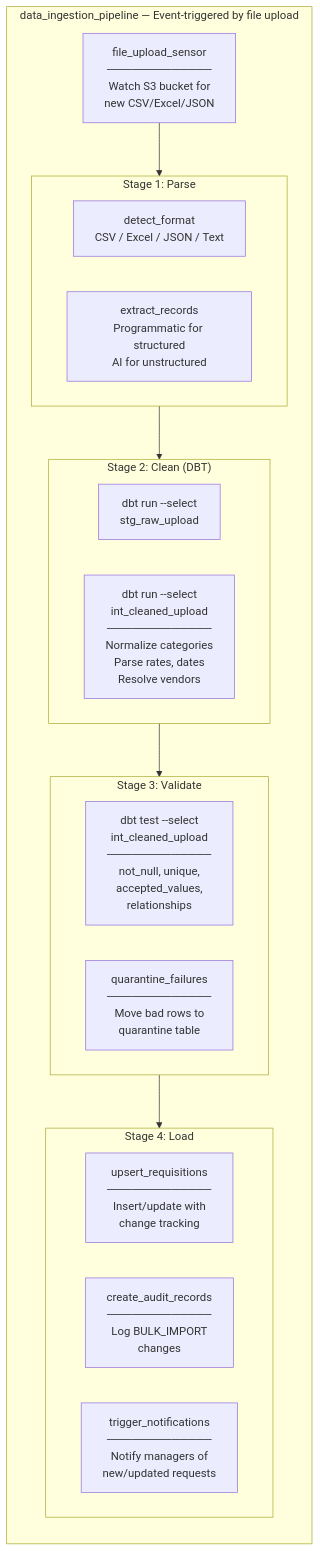
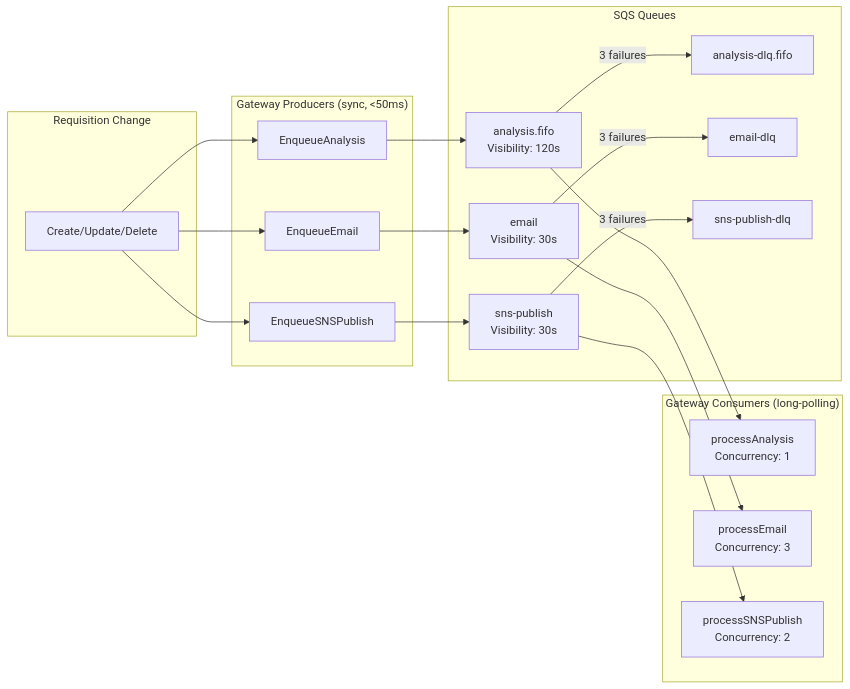
One commit to shankasf/notification_automation changed the second of 4 diagrams in README.md. Above: the diagram before and after it, drawn with Mermaid. The commit also changed other lines of this file and 53 other files, not shown here.

First line of the commit message:
feat: Add AWS SQS, CloudWatch, auth, data compliance, and guardrails

````diff
--- a/README.md
+++ b/README.md
@@ -461,31 +427,38 @@
 ```mermaid
-flowchart TB
-    subgraph DAG["data_ingestion_pipeline — Event-triggered by file upload"]
-        direction TB
+flowchart LR
+    subgraph Trigger["Requisition Change"]
+        CREATE[Create/Update/Delete]
+    end
 
-        UPLOAD["file_upload_sensor<br/>─────────────<br/>Watch S3 bucket for<br/>new CSV/Excel/JSON"]
+    subgraph Producers["Gateway Producers (sync, <50ms)"]
+        EA[EnqueueAnalysis]
+        EE[EnqueueEmail]
+        ES[EnqueueSNSPublish]
+    end
 
-        subgraph Parse["Stage 1: Parse"]
-            P1["detect_format<br/>CSV / Excel / JSON / Text"]
-            P2["extract_records<br/>Programmatic for structured<br/>AI for unstructured"]
-        end
+    subgraph Queues["SQS Queues"]
+        Q1["analysis.fifo<br/>Visibility: 120s"]
+        Q2["email<br/>Visibility: 30s"]
+        Q3["sns-publish<br/>Visibility: 30s"]
+        DLQ1["analysis-dlq.fifo"]
+        DLQ2["email-dlq"]
+        DLQ3["sns-publish-dlq"]
+    end
 
-        subgraph Clean["Stage 2: Clean (DBT)"]
-            C1["dbt run --select<br/>stg_raw_upload"]
-            C2["dbt run --select<br/>int_cleaned_upload<br/>─────────────<br/>Normalize categories<br/>Parse rates, dates<br/>Resolve vendors"]
-        end
+    subgraph Consumers["Gateway Consumers (long-polling)"]
+        C1["processAnalysis<br/>Concurrency: 1"]
+        C2["processEmail<br/>Concurrency: 3"]
+        C3["processSNSPublish<br/>Concurrency: 2"]
+    end
 
-        subgraph Validate["Stage 3: Validate"]
-            V1["dbt test --select<br/>int_cleaned_upload<br/>─────────────<br/>not_null, unique,<br/>accepted_values,<br/>relationships"]
-            V2["quarantine_failures<br/>─────────────<br/>Move bad rows to<br/>quarantine table"]
-        end
-
-        subgraph Load["Stage 4: Load"]
-            L1["upsert_requisitions<br/>─────────────<br/>Insert/update with<br/>change tracking"]
-            L2["create_audit_records<br/>─────────────<br/>Log BULK_IMPORT<br/>changes"]
-            L3["trigger_notifications<br/>─────────────<br/>Notify managers of<br/>new/updated requests"]
-        end
-
-        UPLOAD --> Parse --> Clean --> Validate --> Load
-    end
+    CREATE --> EA & EE & ES
+    EA --> Q1
+    EE --> Q2
+    ES --> Q3
+    Q1 --> C1
+    Q2 --> C2
+    Q3 --> C3
+    Q1 -->|"3 failures"| DLQ1
+    Q2 -->|"3 failures"| DLQ2
+    Q3 -->|"3 failures"| DLQ3
 ```
````
